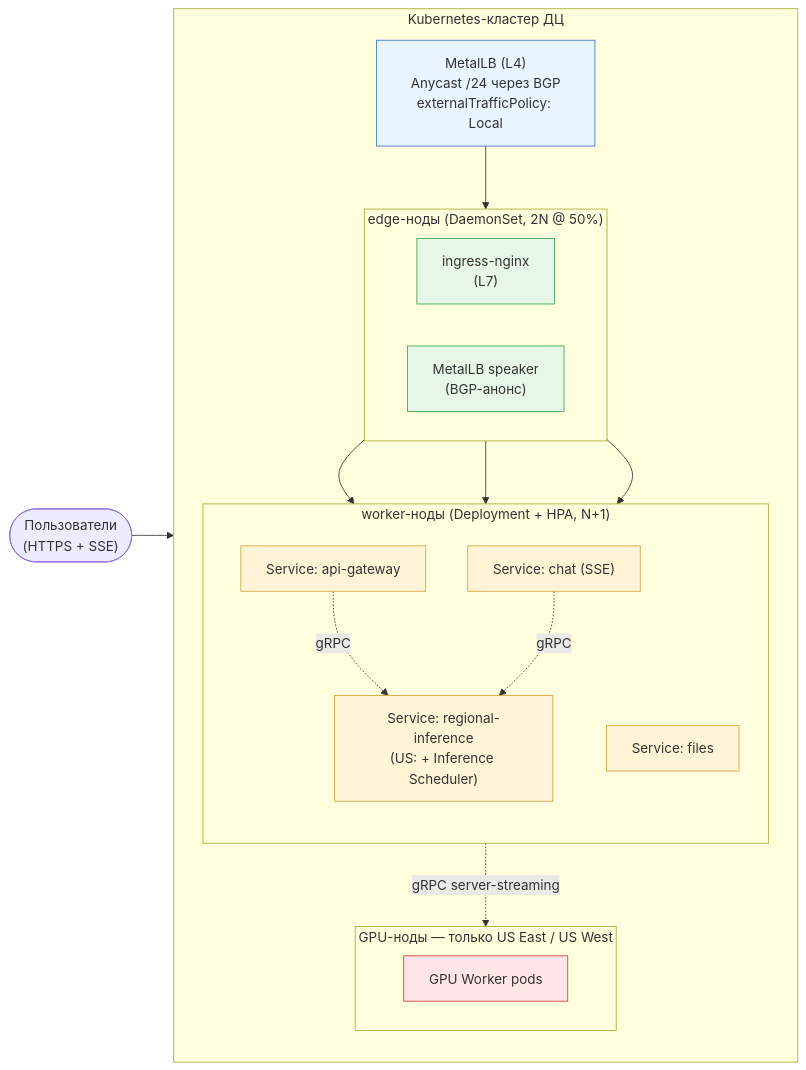
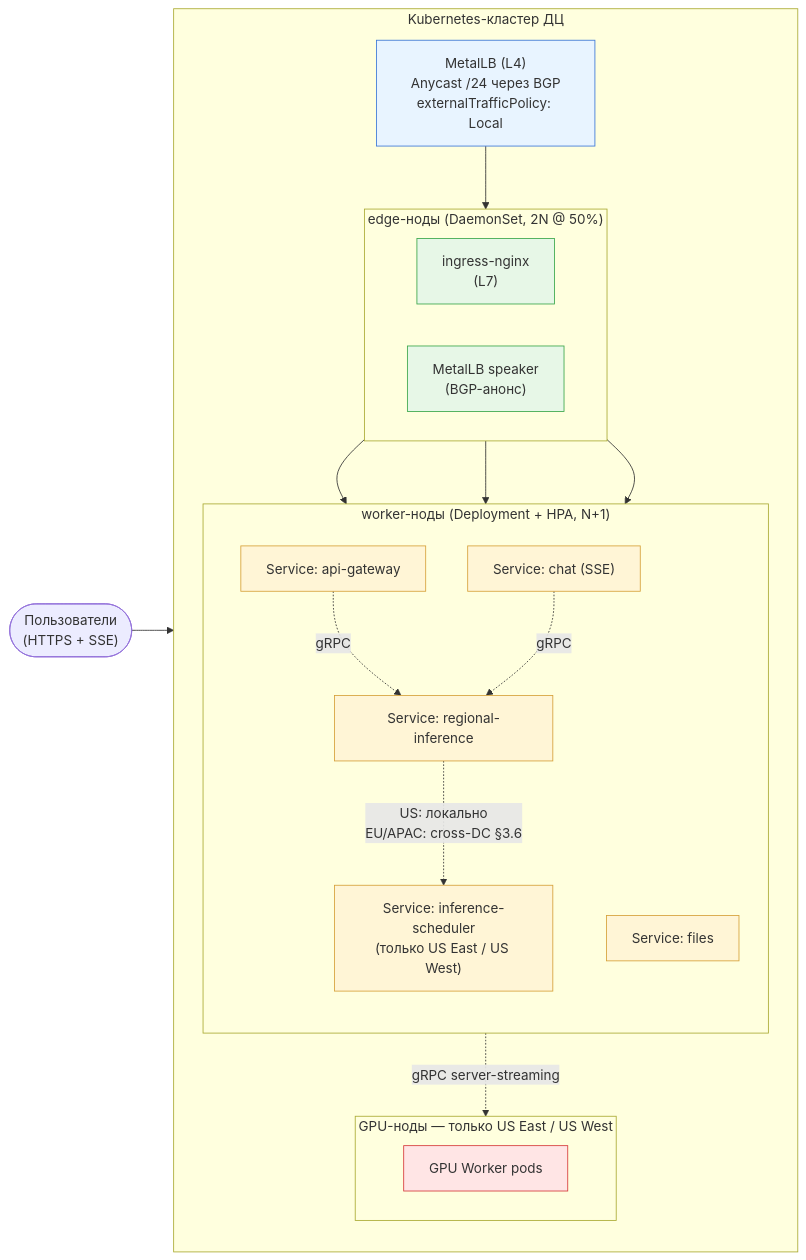
Before and after one commit to yaksase/highload_hse: the second of 7 diagrams in README.md, drawn with Mermaid. The commit also changed other lines of this file, not shown here.

Commit message:
добавил cross DC трафик в разделы 3 и 4

````diff
--- a/README.md
+++ b/README.md
@@ -412,47 +438,49 @@
 ```mermaid
 flowchart LR
     Users(["Пользователи<br/>(HTTPS + SSE)"])
     Users --> L4["MetalLB (L4)<br/>Anycast /24 через BGP<br/>externalTrafficPolicy: Local"]
 
     subgraph K8s["Kubernetes-кластер ДЦ"]
       direction TB
 
       subgraph Edge["edge-ноды (DaemonSet, 2N @ 50%)"]
         direction LR
         Ing["ingress-nginx<br/>(L7)"]
         Spk["MetalLB speaker<br/>(BGP-анонс)"]
       end
 
       subgraph Work["worker-ноды (Deployment + HPA, N+1)"]
         direction TB
         SvcA["Service: api-gateway"]
         SvcC["Service: chat (SSE)"]
         SvcF["Service: files"]
-        SvcR["Service: regional-inference<br/>(US: + Inference Scheduler)"]
+        SvcR["Service: regional-inference"]
+        SvcS["Service: inference-scheduler<br/>(только US East / US West)"]
       end
 
       subgraph Gpu["GPU-ноды — только US East / US West"]
         direction LR
         Gw["GPU Worker pods"]
       end
 
       L4 --> Ing
       Ing --> SvcA
       Ing --> SvcC
       Ing --> SvcF
       SvcA -.->|"gRPC"| SvcR
       SvcC -.->|"gRPC"| SvcR
-      SvcR -.->|"gRPC server-streaming"| Gw
+      SvcR -.->|"US: локально<br/>EU/APAC: cross-DC §3.6"| SvcS
+      SvcS -.->|"gRPC server-streaming"| Gw
     end
 
     classDef cp fill:#f5e8ff,stroke:#7a3ad6;
     classDef l4 fill:#e8f4ff,stroke:#3a76d6;
     classDef edge fill:#e7f7e7,stroke:#3aa64a;
     classDef worker fill:#fff5d6,stroke:#d6a13a;
     classDef gpu fill:#ffe5e5,stroke:#d63a3a;
     class L4 l4;
     class Ing,Spk edge;
-    class SvcA,SvcC,SvcF,SvcR worker;
+    class SvcA,SvcC,SvcF,SvcR,SvcS worker;
     class Gw gpu;
     class ApiSrv cp;
 ```
````
